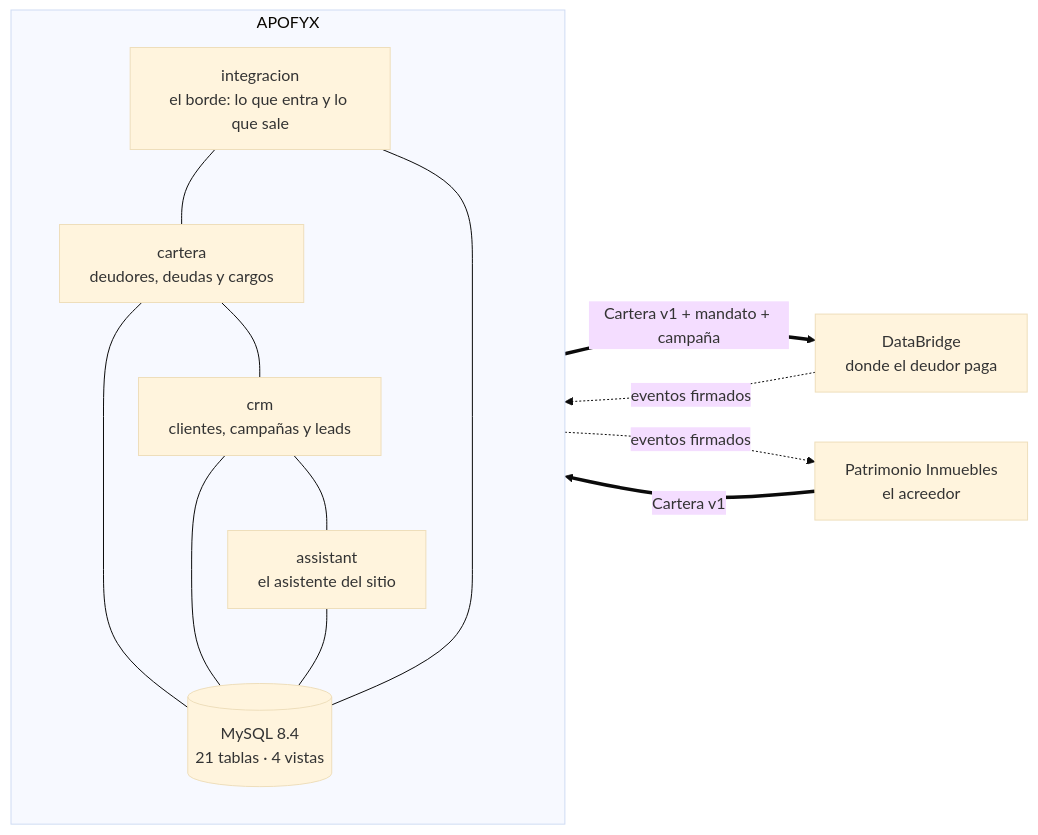
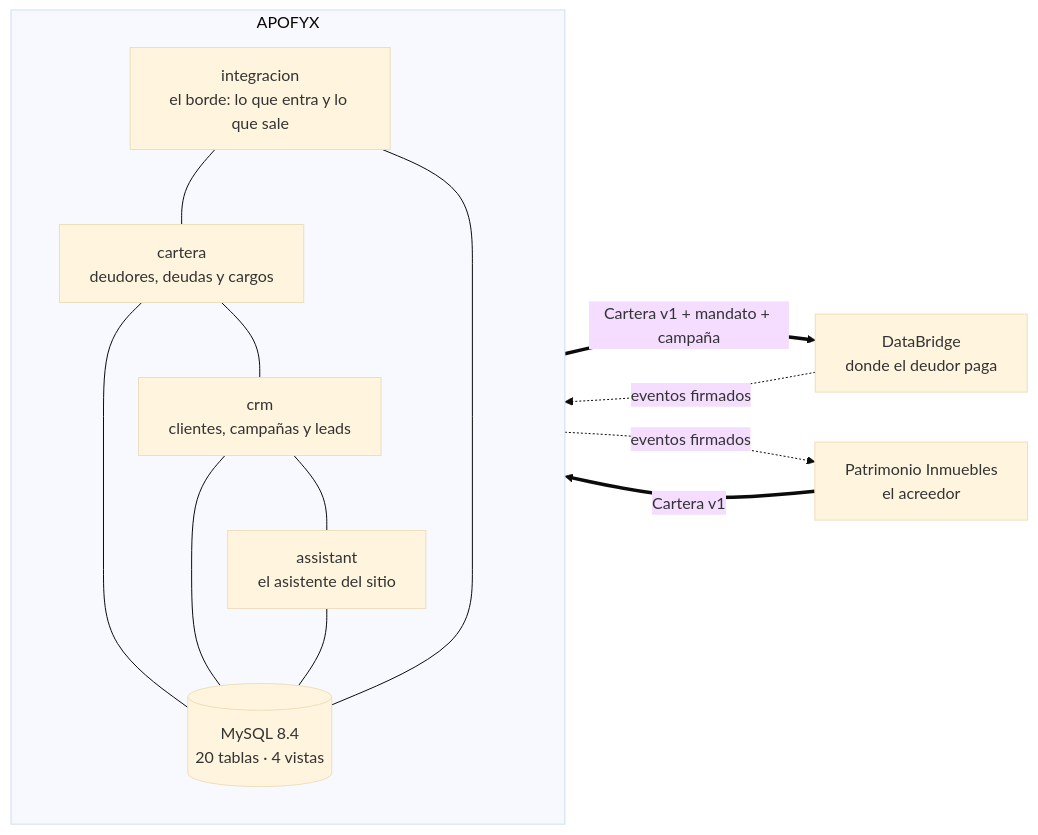
Before and after one commit to TechnicalBridge/APOFYX: the first of 2 diagrams in README.md, drawn with Mermaid (base theme). The commit also changed other lines of this file and 57 other files, not shown here.

````diff
--- a/README.md
+++ b/README.md
@@ -189,25 +199,25 @@
 ```mermaid
 flowchart LR
     PI["Patrimonio Inmuebles<br/>el acreedor"]
     subgraph AP["APOFYX"]
         direction TB
         I["integracion<br/>el borde: lo que entra y lo que sale"]
         C["cartera<br/>deudores, deudas y cargos"]
         R["crm<br/>clientes, campañas y leads"]
         S["assistant<br/>el asistente del sitio"]
-        B[("MySQL 8.4<br/>21 tablas · 4 vistas")]
+        B[("MySQL 8.4<br/>20 tablas · 4 vistas")]
         I --- C
         C --- R
         R --- S
         C --- B
         R --- B
         S --- B
         I --- B
     end
     DB["DataBridge<br/>donde el deudor paga"]
 
     PI ==>|"Cartera v1"| I
     I ==>|"Cartera v1 + mandato + campaña"| DB
     DB -.->|"eventos firmados"| I
     I -.->|"eventos firmados"| PI
 ```
````
